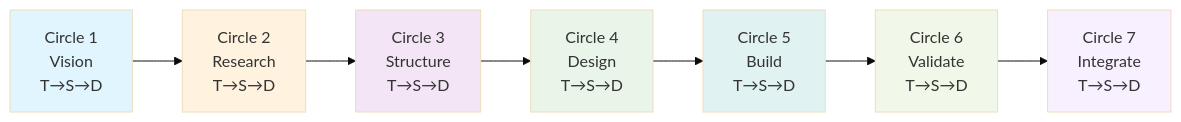
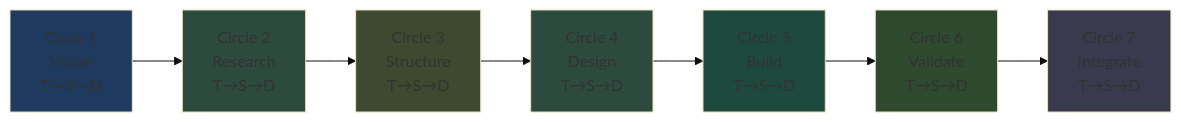
Before and after one commit to Alot1z/thinking-review-expert: the second of 3 diagrams in README.md, drawn with Mermaid (base theme). The commit also changed other lines of this file, not shown here.

Commit message:
fix: darker mermaid colors for GitHub dark theme, remove emoji from titles, add GitHub Pages link

````diff
--- a/README.md
+++ b/README.md
@@ -93,17 +94,17 @@
 ```mermaid
 flowchart LR
     C1[Circle 1<br/>Vision<br/>T→S→D] --> C2[Circle 2<br/>Research<br/>T→S→D]
     C2 --> C3[Circle 3<br/>Structure<br/>T→S→D]
     C3 --> C4[Circle 4<br/>Design<br/>T→S→D]
     C4 --> C5[Circle 5<br/>Build<br/>T→S→D]
     C5 --> C6[Circle 6<br/>Validate<br/>T→S→D]
     C6 --> C7[Circle 7<br/>Integrate<br/>T→S→D]
     
-    style C1 fill:#E1F5FF
-    style C2 fill:#FFF3E0
-    style C3 fill:#F3E5F5
-    style C4 fill:#E8F5E8
-    style C5 fill:#E0F2F1
-    style C6 fill:#F1F8E9
-    style C7 fill:#F8EFFF
+    style C1 fill:#1e3a5f
+    style C2 fill:#2d4a3e
+    style C3 fill:#3d4a2f
+    style C4 fill:#2d4a3e
+    style C5 fill:#1e4a3e
+    style C6 fill:#2d4a2e
+    style C7 fill:#3a3a4e
 ```
````
